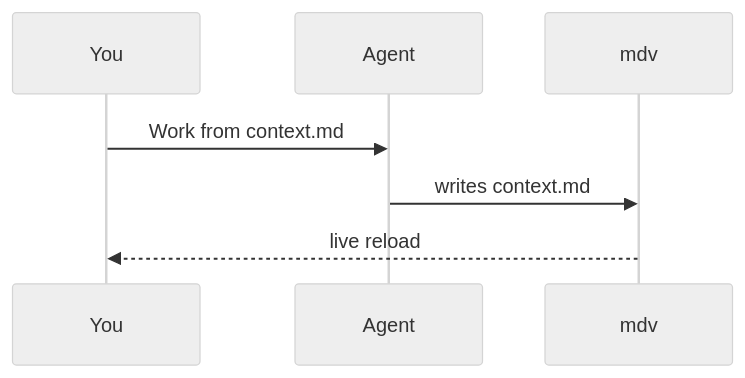
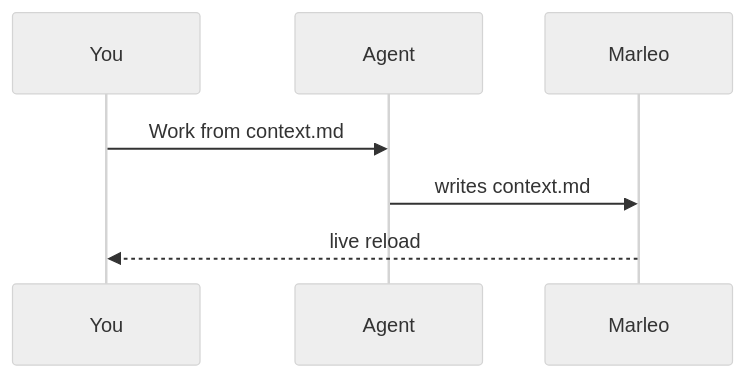
One commit to e-lifegood/marleo changed the second of 2 diagrams in samples/demo.md. Above: the diagram before and after it, drawn with Mermaid (neutral theme). The commit also changed other lines of this file and 27 other files, not shown here.

First line of the commit message:
Rename mdv to Marleo in code, assets, tests and CI

````diff
--- a/samples/demo.md
+++ b/samples/demo.md
@@ -83,9 +83,9 @@
 ```mermaid
 sequenceDiagram
     participant You
     participant Agent
-    participant mdv
+    participant Marleo
     You->>Agent: Work from context.md
-    Agent->>mdv: writes context.md
-    mdv-->>You: live reload
+    Agent->>Marleo: writes context.md
+    Marleo-->>You: live reload
 ```
````
